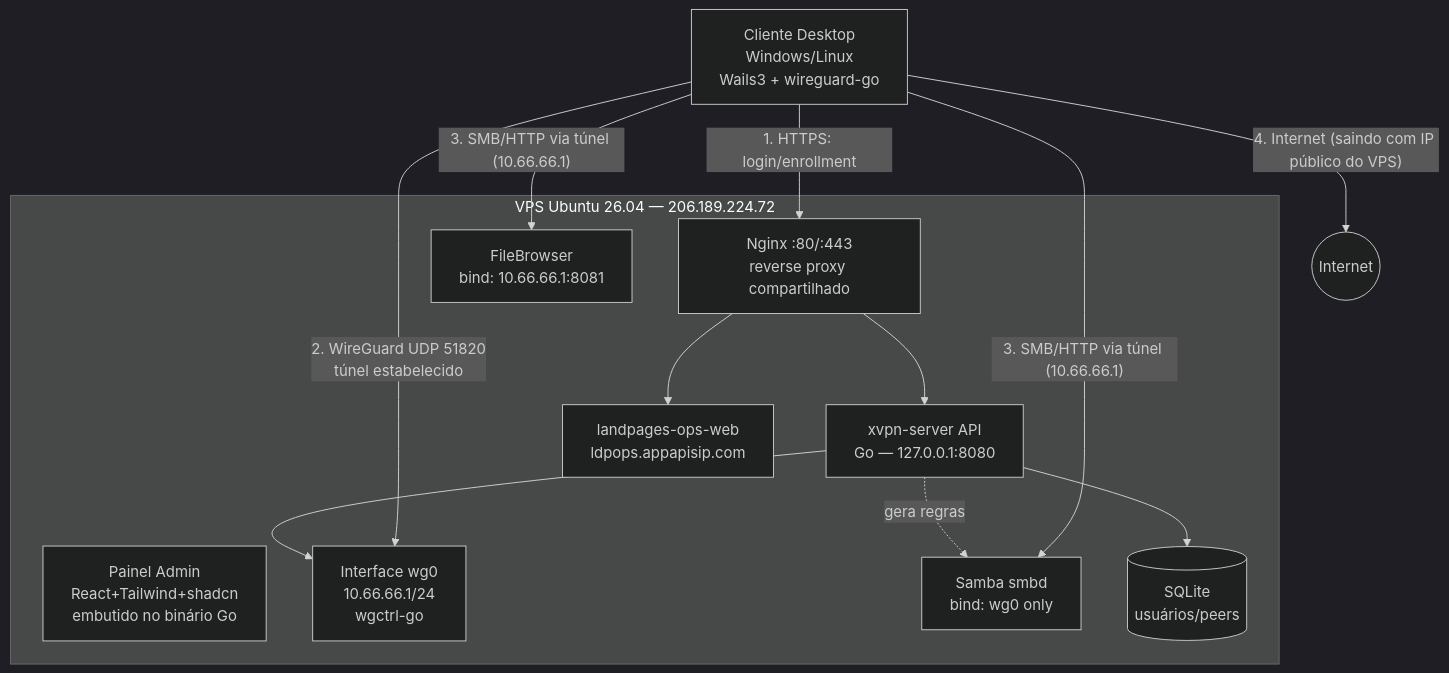
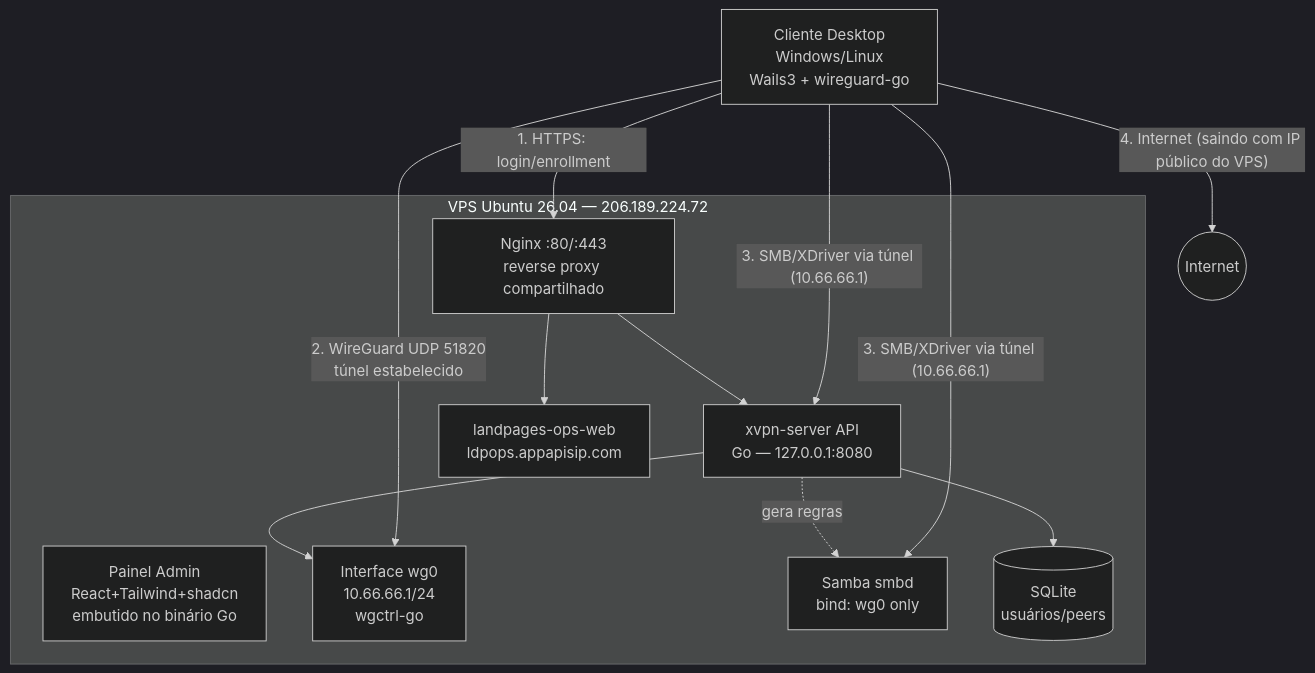
The second of 4 diagrams in PLAN.md (rootkit-lab/xvpn), drawn with Mermaid (dark theme) before and after one commit. The commit also changed other lines of this file and 53 other files, not shown here.

````diff
--- a/PLAN.md
+++ b/PLAN.md
@@ -128,24 +128,23 @@
 ```mermaid
 graph TB
     subgraph VPS["VPS Ubuntu 26.04 — 206.189.224.72"]
         NG[Nginx :80/:443<br/>reverse proxy compartilhado]
         API[xvpn-server API<br/>Go — 127.0.0.1:8080]
         WEB[Painel Admin<br/>React+Tailwind+shadcn<br/>embutido no binário Go]
         WG[Interface wg0<br/>10.66.66.1/24<br/>wgctrl-go]
         SMB[Samba smbd<br/>bind: wg0 only]
-        FB[FileBrowser<br/>bind: 10.66.66.1:8081]
         DB[(SQLite<br/>usuários/peers)]
         OTHER[landpages-ops-web<br/>ldpops.appapisip.com]
         NG --> API
         NG --> OTHER
         API --> WG
         API --> DB
         API -.gera regras.-> SMB
     end
     Client1[Cliente Desktop<br/>Windows/Linux<br/>Wails3 + wireguard-go]
     Client1 -->|"1. HTTPS: login/enrollment"| NG
     Client1 -->|"2. WireGuard UDP 51820<br/>túnel estabelecido"| WG
-    Client1 -->|"3. SMB/HTTP via túnel (10.66.66.1)"| SMB
-    Client1 -->|"3. SMB/HTTP via túnel (10.66.66.1)"| FB
+    Client1 -->|"3. SMB/XDriver via túnel (10.66.66.1)"| SMB
+    Client1 -->|"3. SMB/XDriver via túnel (10.66.66.1)"| API
     Client1 -->|"4. Internet (saindo com IP público do VPS)"| Internet((Internet))
 ```
````
